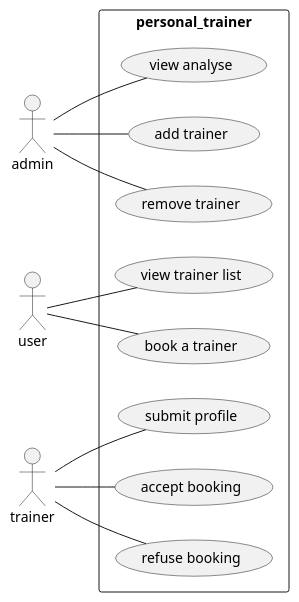
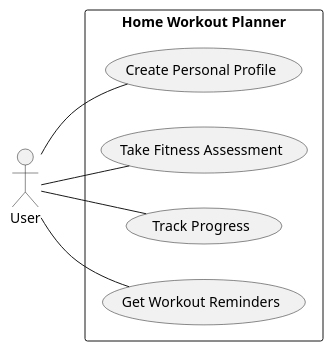
The diagram in use_case_diagram.pu (Suirita/4.launch-of-the-red-thread-project), drawn with PlantUML before and after one commit.

Commit message:
correcting use case diagram

```diff
--- a/use_case_diagram.pu
+++ b/use_case_diagram.pu
@@ -1,28 +1,18 @@
-@startuml personal_trainer
+@startuml home_workout_planner
 left to right direction
 
-actor admin
-actor user
-actor trainer
+actor User as user
 
-rectangle personal_trainer{
-usecase "view analyse" as UC1
-usecase "add trainer" as UC2
-usecase "remove trainer" as UC3
-usecase "view trainer list" as UC4
-usecase "book a trainer" as UC5
-usecase "submit profile" as UC6
-usecase "accept booking" as UC7
-usecase "refuse booking" as UC8
+rectangle "Home Workout Planner" {
+usecase "Create Personal Profile" as UC1
+usecase "Take Fitness Assessment" as UC2
+usecase "Track Progress" as UC3
+usecase "Get Workout Reminders" as UC4
 }
 
-admin -- UC1
-admin -- UC2
-admin -- UC3
+user -- UC1
+user -- UC2
+user -- UC3
 user -- UC4
-user -- UC5
-trainer -- UC6
-trainer -- UC7
-trainer -- UC8
 
 @enduml
```
